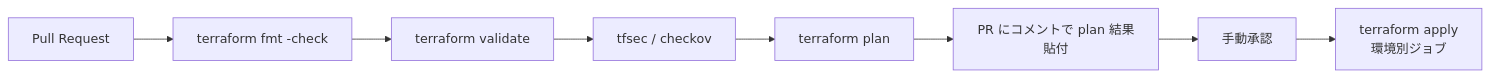
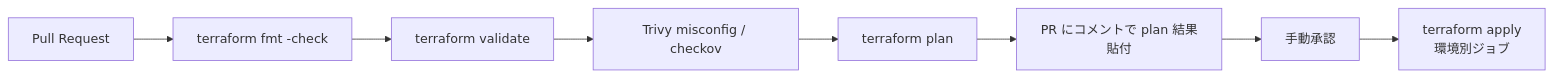
The second of 2 diagrams in docs/server-monitor-improvements/03-terraform-aws.md (ns7jp/ns7jp), drawn with Mermaid before and after one commit. The commit also changed other lines of this file and 32 other files, not shown here.

````diff
--- a/docs/server-monitor-improvements/03-terraform-aws.md
+++ b/docs/server-monitor-improvements/03-terraform-aws.md
@@ -252,10 +257,10 @@
 ```mermaid
 flowchart LR
     PR[Pull Request] --> Fmt[terraform fmt -check]
     Fmt --> Val[terraform validate]
-    Val --> Sec[tfsec / checkov]
+    Val --> Sec[Trivy misconfig / checkov]
     Sec --> Plan[terraform plan]
     Plan --> Comment[PR にコメントで plan 結果貼付]
     Comment --> Approve[手動承認]
     Approve --> Apply[terraform apply<br/>環境別ジョブ]
 ```
````
